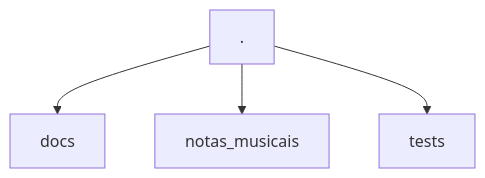
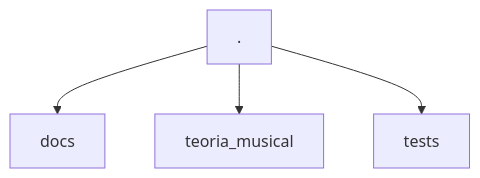
One commit to MrMenezesDev/teorial-musical changed the first of 3 diagrams in docs/02_contribua.md. Above: the diagram before and after it, drawn with Mermaid. The commit also changed other lines of this file and 4 other files, not shown here.

````diff
--- a/docs/02_contribua.md
+++ b/docs/02_contribua.md
@@ -9,6 +9,6 @@
 ```mermaid
 flowchart
     . --> docs
-	. --> notas_musicais
+	. --> teoria_musical
 	. --> tests
 ```
````
